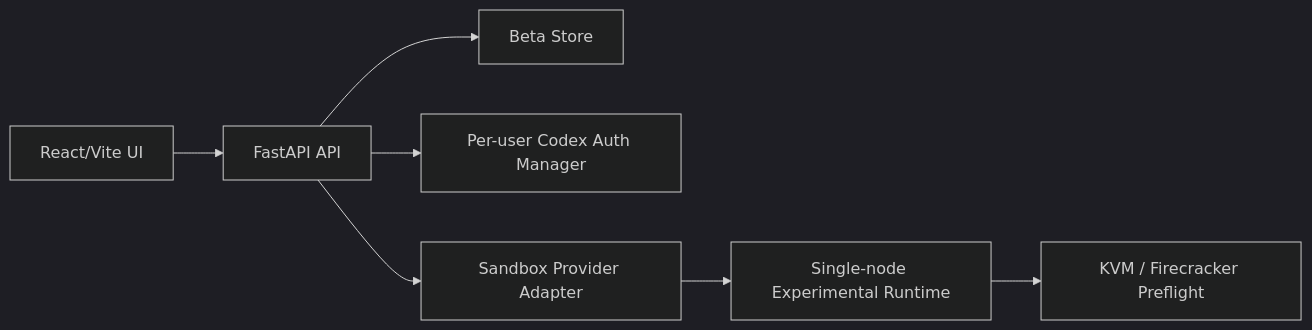
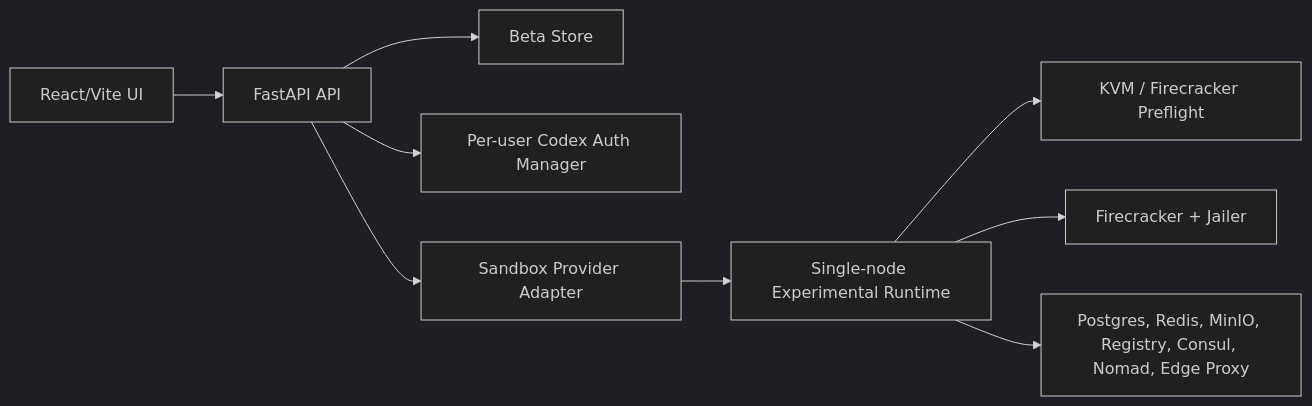
Before and after one commit to ryan-wong-coder/sandbox-control: the diagram in docs/ARCHITECTURE.md, drawn with Mermaid (dark theme). The commit also changed other lines of this file and 11 other files, not shown here.

Commit message:
Add Firecracker and infra install stack

````diff
--- a/docs/ARCHITECTURE.md
+++ b/docs/ARCHITECTURE.md
@@ -5,9 +5,11 @@
 ```mermaid
 flowchart LR
   Web[React/Vite UI] --> API[FastAPI API]
   API --> Store[Beta Store]
   API --> Auth[Per-user Codex Auth Manager]
   API --> Provider[Sandbox Provider Adapter]
   Provider --> Local[Single-node Experimental Runtime]
   Local --> Preflight[KVM / Firecracker Preflight]
+  Local --> Firecracker[Firecracker + Jailer]
+  Local --> Infra[Postgres, Redis, MinIO, Registry, Consul, Nomad, Edge Proxy]
 ```
````
